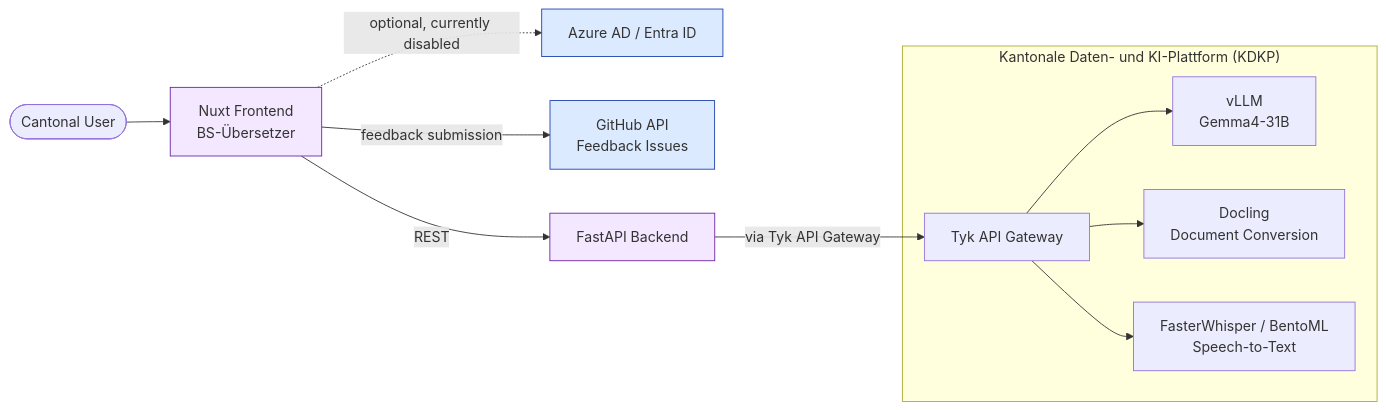
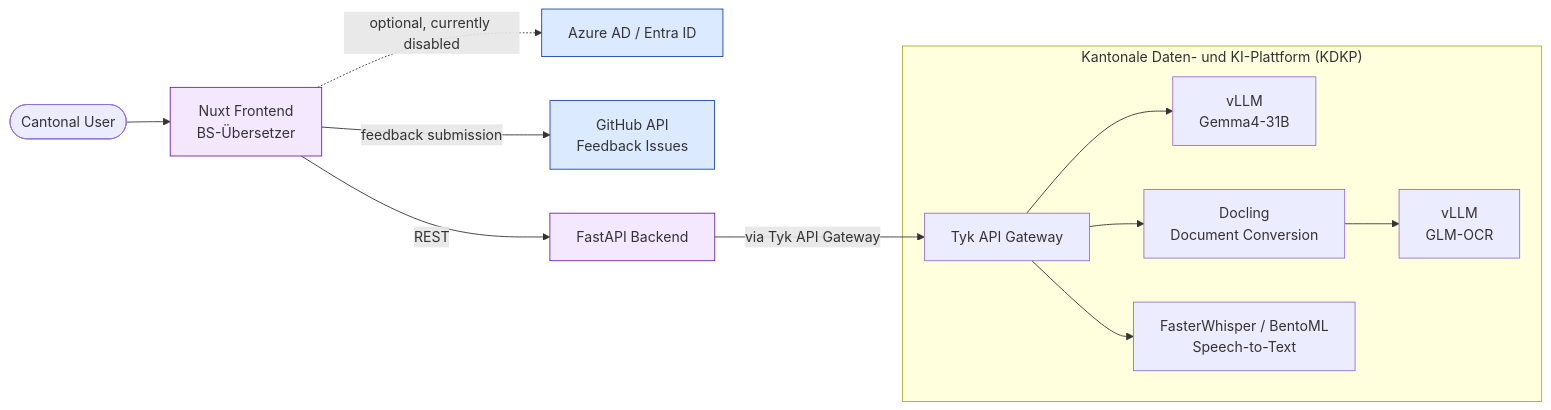
The first of 2 diagrams in markdown/apps/bs-uebersetzer.md (DCC-BS/documentation), drawn with Mermaid before and after one commit. The commit also changed other lines of this file and 1 other file, not shown here.

````diff
--- a/markdown/apps/bs-uebersetzer.md
+++ b/markdown/apps/bs-uebersetzer.md
@@ -40,19 +42,20 @@
 ```mermaid
 graph LR
     User([Cantonal User]) --> FE[Nuxt Frontend<br/>BS-Übersetzer]
     FE -. optional, currently disabled .-> AAD[Azure AD / Entra ID]
     FE -- feedback submission --> GH[GitHub API<br/>Feedback Issues]
     FE -- REST --> BE[FastAPI Backend]
     BE -- via Tyk API Gateway --> TYK[Tyk API Gateway]
 
     subgraph KDKP["Kantonale Daten- und KI-Plattform (KDKP)"]
         TYK --> LLM[vLLM<br/>Gemma4-31B]
         TYK --> DOC[Docling<br/>Document Conversion]
+        DOC --> GLM[vLLM<br/>GLM-OCR]
         TYK --> WHISPER[FasterWhisper / BentoML<br/>Speech-to-Text]
     end
 
     classDef app fill:#f3e8ff,stroke:#6b21a8,stroke-width:1px;
     classDef ext fill:#dbeafe,stroke:#1e40af,stroke-width:1px;
     class FE,BE app;
     class AAD,GH ext;
 ```
````
